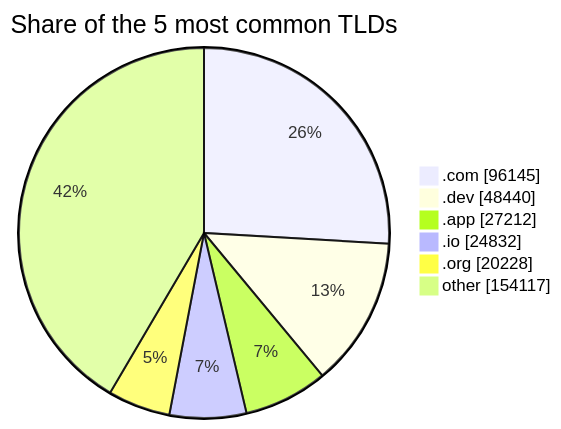
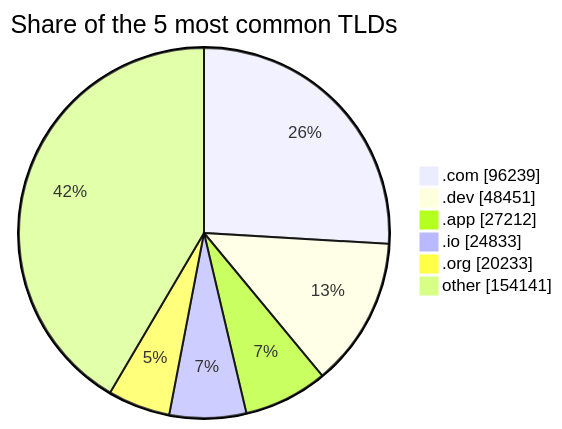
Before and after one commit to DNSBunker/CTI: the third of 3 diagrams in README.md, drawn with Mermaid. The commit also changed other lines of this file and 3 other files, not shown here.

````diff
--- a/README.md
+++ b/README.md
@@ -81,9 +81,9 @@
 ```mermaid
 pie showData title Share of the 5 most common TLDs
-    ".com" : 96145
-    ".dev" : 48440
+    ".com" : 96239
+    ".dev" : 48451
     ".app" : 27212
-    ".io" : 24832
-    ".org" : 20228
-    "other" : 154117
+    ".io" : 24833
+    ".org" : 20233
+    "other" : 154141
 ```
````
